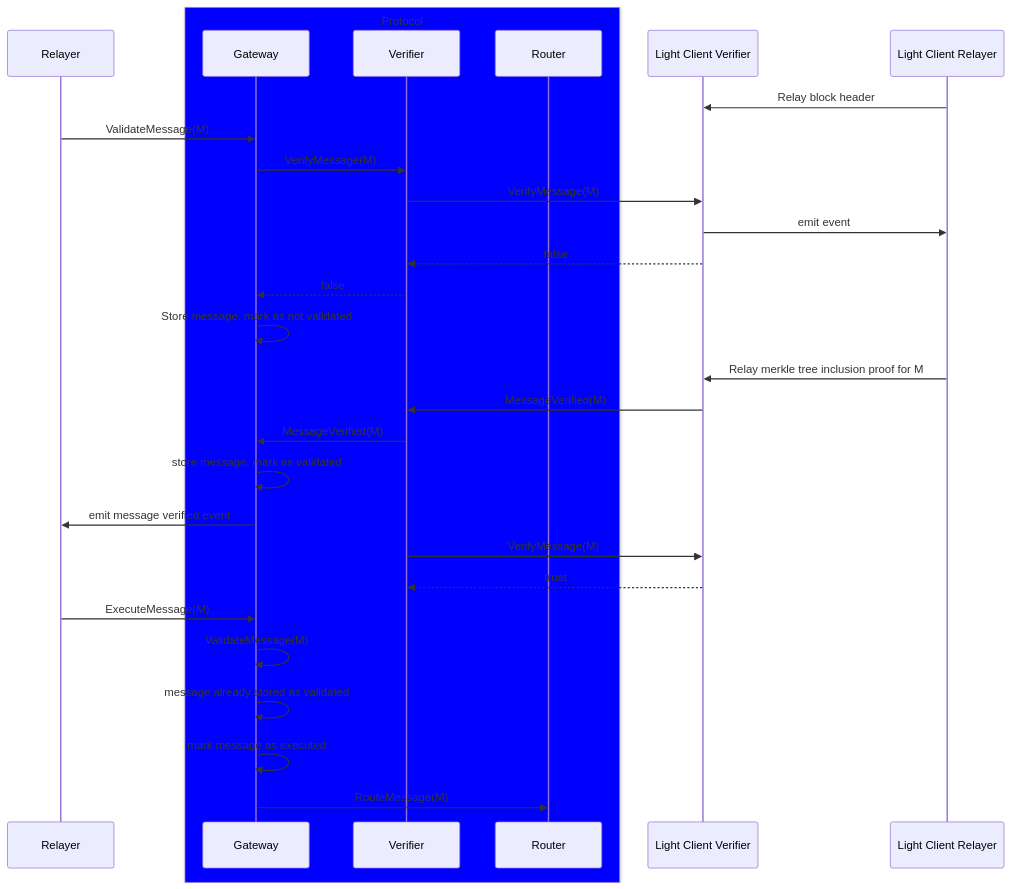
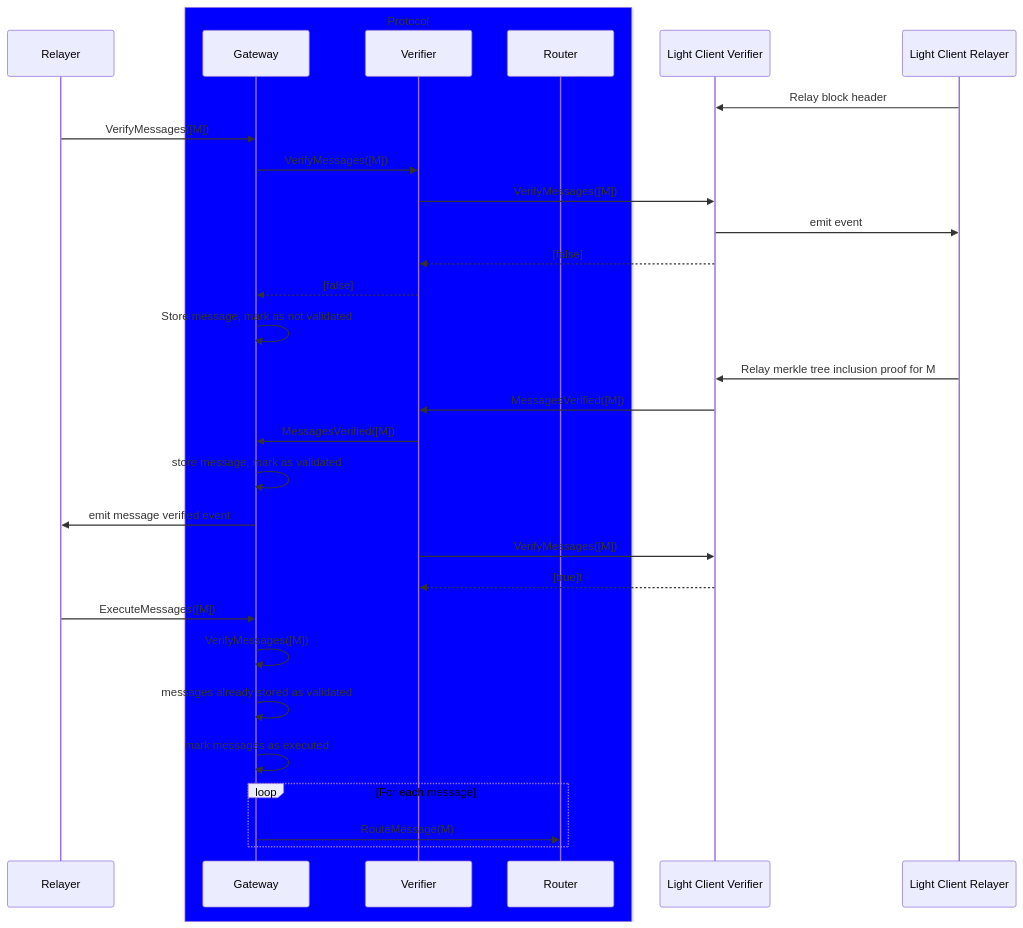
Before and after one commit to axelarnetwork/axelar-amplifier: the sixth of 13 diagrams in README.md, drawn with Mermaid. The commit also changed other lines of this file, not shown here.

````diff
--- a/README.md
+++ b/README.md
@@ -188,36 +196,38 @@
 ```mermaid
 sequenceDiagram
     participant Relayer
     box Blue Protocol
     participant Gateway
     participant Verifier
     participant Router
     end
     participant Light Client Verifier
     participant Light Client Relayer
 
     Light Client Relayer->>Light Client Verifier: Relay block header
 
-    Relayer->>Gateway: ValidateMessage(M)
-    Gateway->>Verifier: VerifyMessage(M)
-    Verifier->>Light Client Verifier: VerifyMessage(M)
+    Relayer->>Gateway: VerifyMessages([M])
+    Gateway->>Verifier: VerifyMessages([M])
+    Verifier->>Light Client Verifier: VerifyMessages([M])
     Light Client Verifier->>Light Client Relayer: emit event
-    Light Client Verifier-->>Verifier: false
-    Verifier-->>Gateway: false
+    Light Client Verifier-->>Verifier: [false]
+    Verifier-->>Gateway: [false]
     Gateway->>Gateway: Store message, mark as not validated
 
     Light Client Relayer->>Light Client Verifier: Relay merkle tree inclusion proof for M
-    Light Client Verifier->>Verifier: MessageVerified(M)
-    Verifier->>Gateway: MessageVerified(M)
+    Light Client Verifier->>Verifier: MessagesVerified([M])
+    Verifier->>Gateway: MessagesVerified([M])
     Gateway->>Gateway: store message, mark as validated
     Gateway->>Relayer: emit message verified event
-    Verifier->>Light Client Verifier: VerifyMessage(M)
-    Light Client Verifier-->>Verifier: truet
+    Verifier->>Light Client Verifier: VerifyMessages([M])
+    Light Client Verifier-->>Verifier: [true]t
 
 
-    Relayer->>Gateway: ExecuteMessage(M)
-    Gateway->>Gateway: ValidateMessage(M)
-    Gateway->>Gateway: message already stored as validated
-    Gateway->>Gateway: mark message as executed
-    Gateway->>Router: RouteMessage(M)
+    Relayer->>Gateway: ExecuteMessages([M])
+    Gateway->>Gateway: VerifyMessages([M])
+    Gateway->>Gateway: messages already stored as validated
+    Gateway->>Gateway: mark messages as executed
+    loop For each message
+        Gateway->>Router: RouteMessage(M)
+    end
 ```
````
